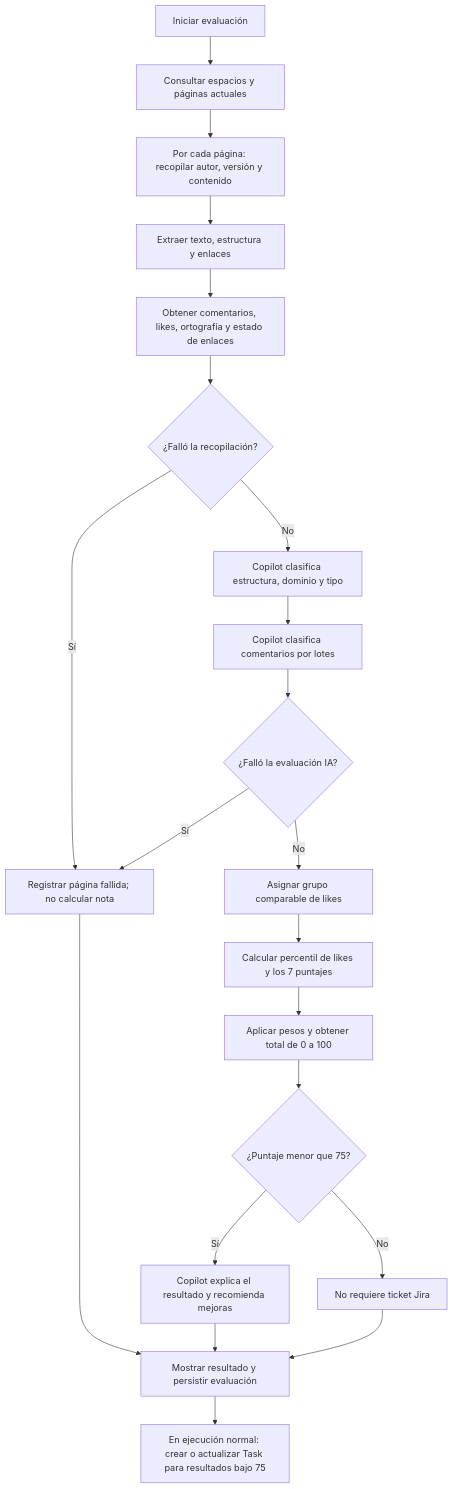
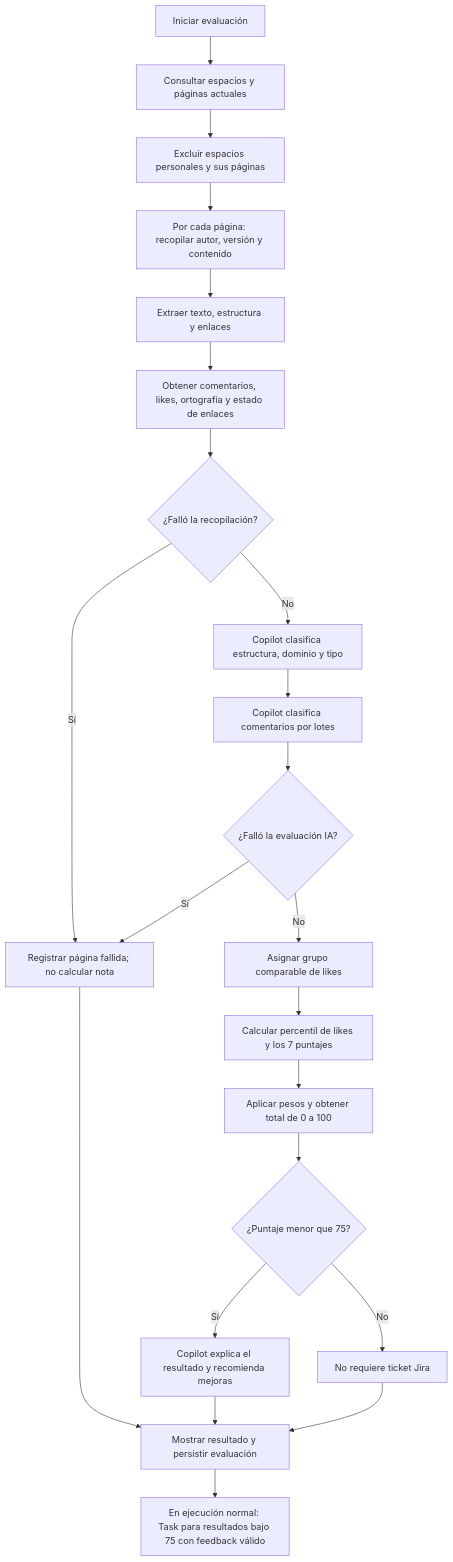
Before and after one commit to hackathon-nullpointers/confluence-evaluator: the diagram in scripts/evaluate_confluence/README.md, drawn with Mermaid. The commit also changed other lines of this file and 4 other files, not shown here.

````diff
--- a/scripts/evaluate_confluence/README.md
+++ b/scripts/evaluate_confluence/README.md
@@ -21,23 +38,24 @@
 ```mermaid
 flowchart TD
     A[Iniciar evaluación] --> B[Consultar espacios y páginas actuales]
-    B --> C[Por cada página: recopilar autor, versión y contenido]
+    B --> B1[Excluir espacios personales y sus páginas]
+    B1 --> C[Por cada página: recopilar autor, versión y contenido]
     C --> D[Extraer texto, estructura y enlaces]
     D --> E[Obtener comentarios, likes, ortografía y estado de enlaces]
     E --> F{¿Falló la recopilación?}
     F -- Sí --> X[Registrar página fallida; no calcular nota]
     F -- No --> G[Copilot clasifica estructura, dominio y tipo]
     G --> H[Copilot clasifica comentarios por lotes]
     H --> I{¿Falló la evaluación IA?}
     I -- Sí --> X
     I -- No --> J[Asignar grupo comparable de likes]
     J --> K[Calcular percentil de likes y los 7 puntajes]
     K --> L[Aplicar pesos y obtener total de 0 a 100]
     L --> M{¿Puntaje menor que 75?}
     M -- Sí --> N[Copilot explica el resultado y recomienda mejoras]
     M -- No --> O[No requiere ticket Jira]
     N --> P[Mostrar resultado y persistir evaluación]
     O --> P
-    P --> Q[En ejecución normal: crear o actualizar Task para resultados bajo 75]
+    P --> Q[En ejecución normal: Task para resultados bajo 75 con feedback válido]
     X --> P
 ```
````
